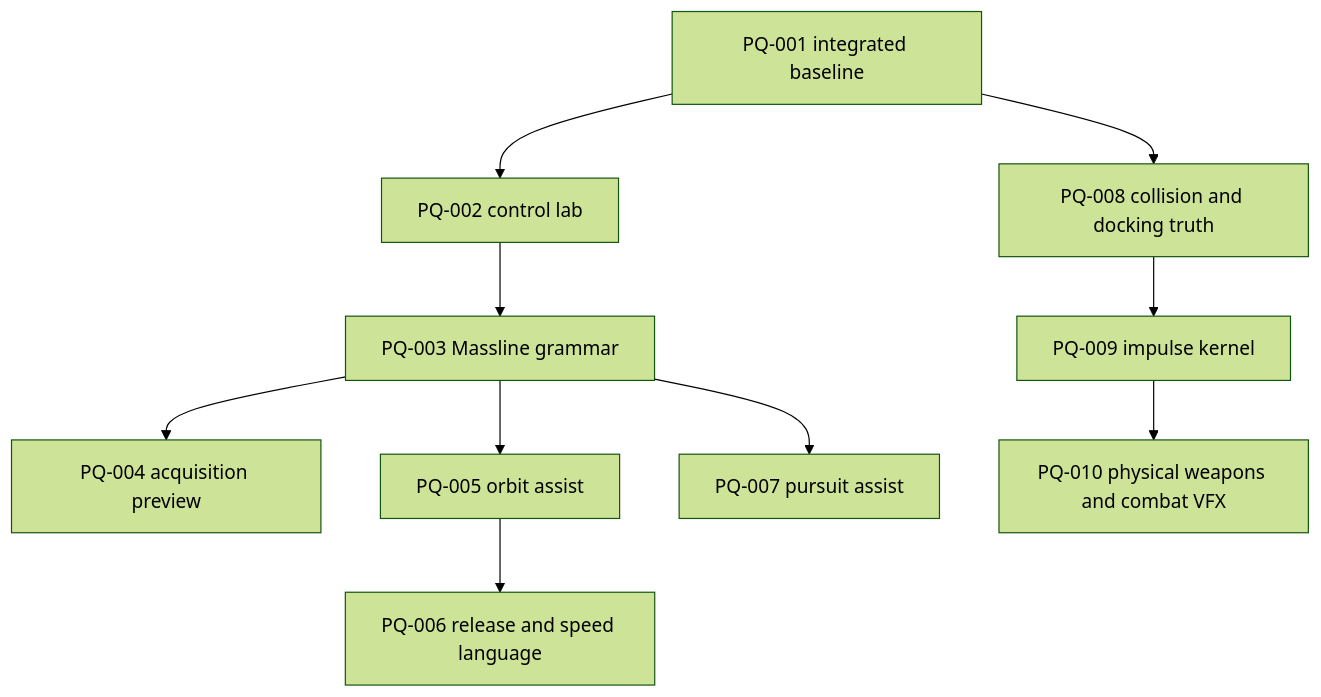
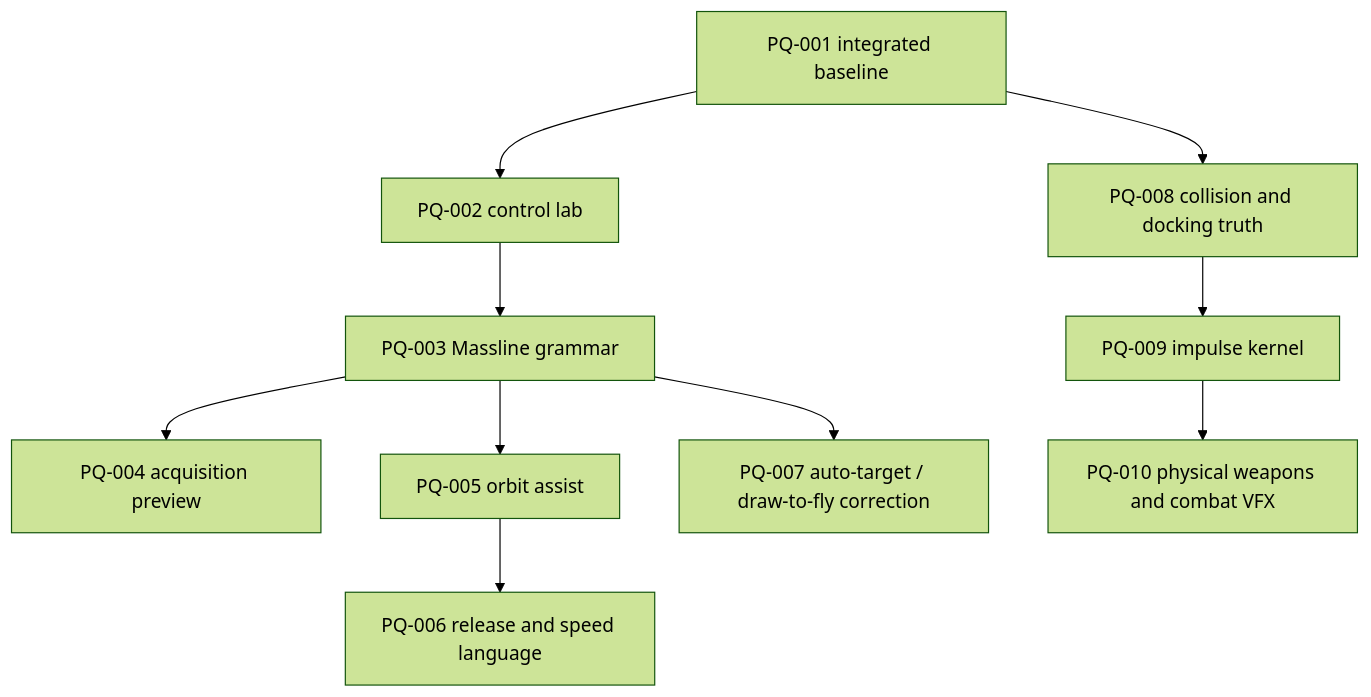
Before and after one commit to coldshalamov/SpaceFace: the second of 2 diagrams in design/program/PROGRAM_MAP.md, drawn with Mermaid (forest theme). The commit also changed other lines of this file and 9 other files, not shown here.

````diff
--- a/design/program/PROGRAM_MAP.md
+++ b/design/program/PROGRAM_MAP.md
@@ -108,12 +108,12 @@
 ```mermaid
 flowchart TD
   P1["PQ-001 integrated baseline"] --> P2["PQ-002 control lab"]
   P1 --> P8["PQ-008 collision and docking truth"]
   P2 --> P3["PQ-003 Massline grammar"]
   P8 --> P9["PQ-009 impulse kernel"]
   P3 --> P4["PQ-004 acquisition preview"]
   P3 --> P5["PQ-005 orbit assist"]
-  P3 --> P7["PQ-007 pursuit assist"]
+  P3 --> P7["PQ-007 auto-target / draw-to-fly correction"]
   P5 --> P6["PQ-006 release and speed language"]
   P9 --> P10["PQ-010 physical weapons and combat VFX"]
 ```
````
